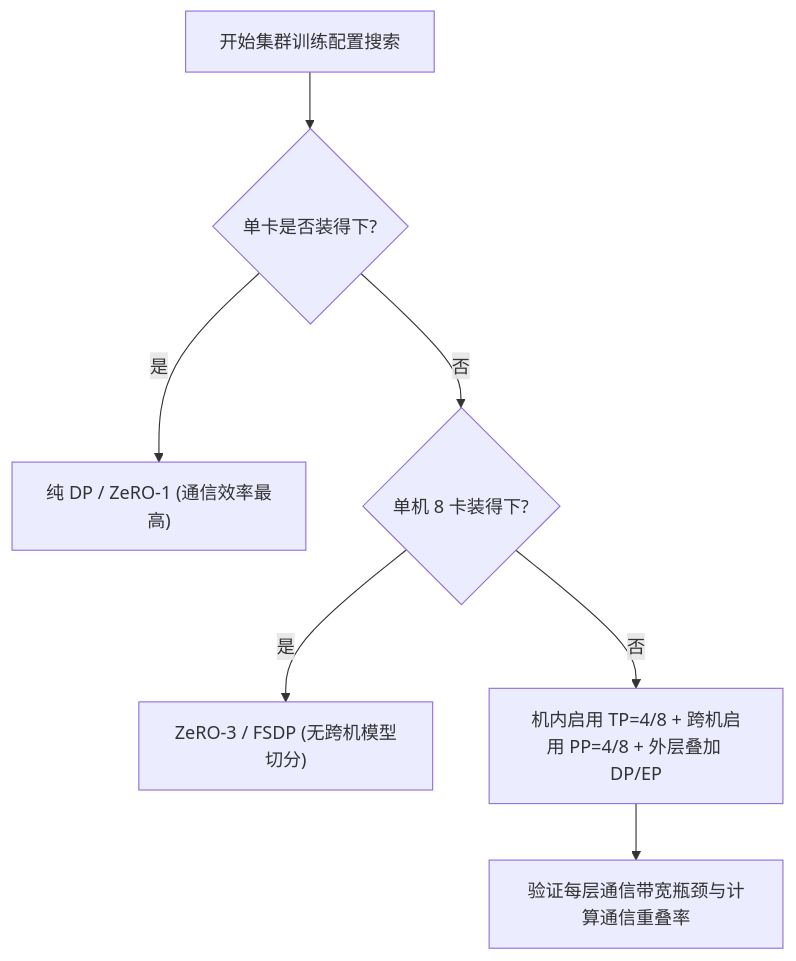
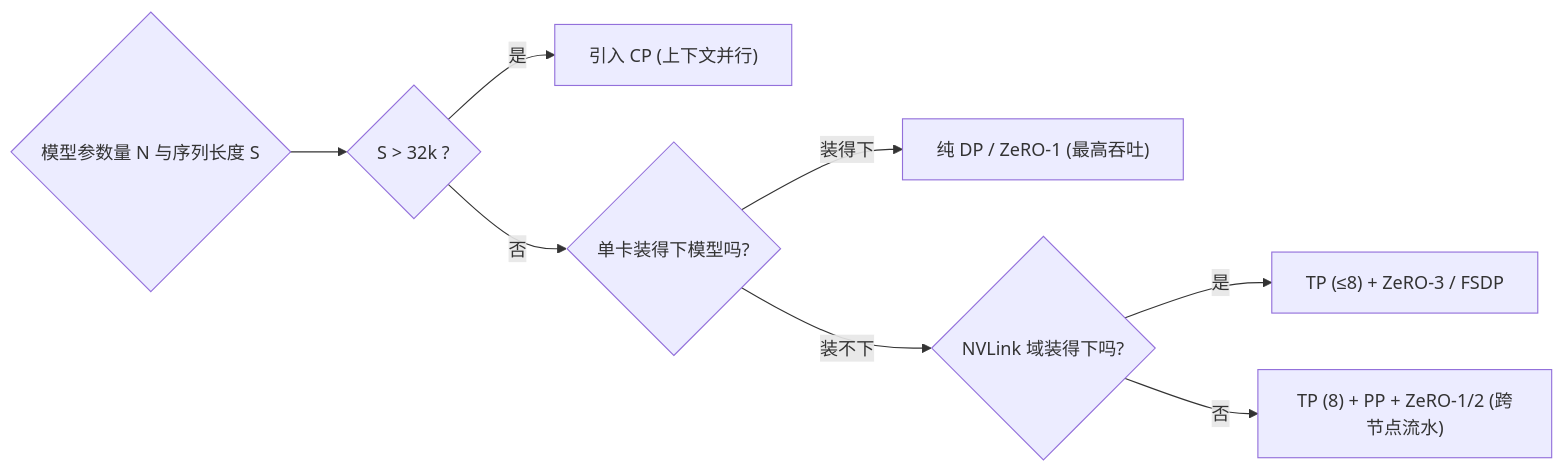
The second of 2 diagrams in train/lesson11.qmd (hsthanb4/hpclearning), drawn with Mermaid before and after one commit. The commit also changed other lines of this file and 89 other files, not shown here.

Commit message:
style(docs): relocate images and diagrams adjacent to their textual references across all lessons

````diff
--- a/train/lesson11.qmd
+++ b/train/lesson11.qmd
@@ -43,9 +95,10 @@
 ```{mermaid}
-flowchart TD
-    Start["开始集群训练配置搜索"] --> C1{"单卡是否装得下?"}
-    C1 -->|是| PureDP["纯 DP / ZeRO-1 (通信效率最高)"]
-    C1 -->|否| C2{"单机 8 卡装得下?"}
-    C2 -->|是| ZeRO3["ZeRO-3 / FSDP (无跨机模型切分)"]
-    C2 -->|否| C3["机内启用 TP=4/8 + 跨机启用 PP=4/8 + 外层叠加 DP/EP"]
-    C3 --> Check["验证每层通信带宽瓶颈与计算通信重叠率"]
+flowchart LR
+    Start{"模型参数量 N 与序列长度 S"} --> Branch1{"S > 32k ?"}
+    Branch1 -->|是| AddCP["引入 CP (上下文并行)"]
+    Branch1 -->|否| Branch2{"单卡装得下模型吗?"}
+    Branch2 -->|装得下| PureDP["纯 DP / ZeRO-1 (最高吞吐)"]
+    Branch2 -->|装不下| CheckMem{"NVLink 域装得下吗?"}
+    CheckMem -->|是| TP_ZeRO["TP (≤8) + ZeRO-3 / FSDP"]
+    CheckMem -->|否| AddPP["TP (8) + PP + ZeRO-1/2 (跨节点流水)"]
 ```
````
